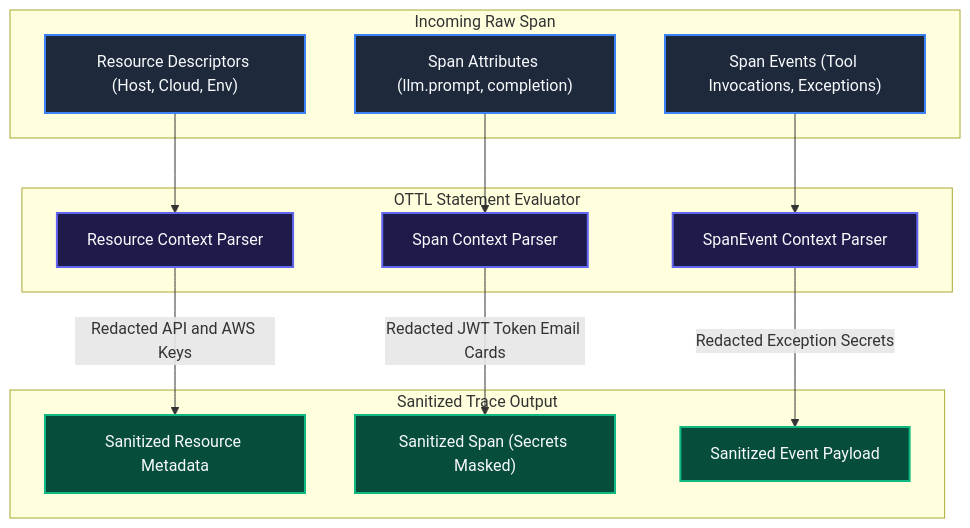
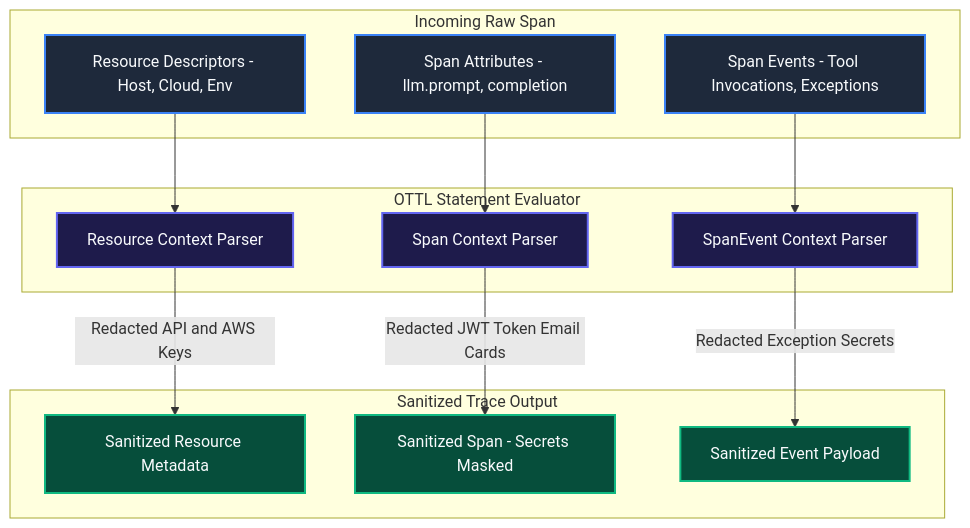
Before and after one commit to Chief-Strategist-J/llm-obs-infra: the seventh of 22 diagrams in docs/configDoc/otel-collector-configuration-guide.md, drawn with Mermaid. The commit also changed other lines of this file, not shown here.

Commit message:
fix(docs): resolve all Mermaid diagram syntax and layout rendering issues in otel configuration guide

````diff
--- a/docs/configDoc/otel-collector-configuration-guide.md
+++ b/docs/configDoc/otel-collector-configuration-guide.md
@@ -929,38 +951,38 @@
 ```mermaid
 graph TD
     subgraph InboundTracePayload ["Incoming Raw Span"]
-        ResMeta["Resource Descriptors (Host, Cloud, Env)"]
-        SpanAttrs["Span Attributes (llm.prompt, completion)"]
-        SpanEvts["Span Events (Tool Invocations, Exceptions)"]
+        ResMeta["Resource Descriptors - Host, Cloud, Env"]
+        SpanAttrs["Span Attributes - llm.prompt, completion"]
+        SpanEvts["Span Events - Tool Invocations, Exceptions"]
     end
 
     subgraph GrammarExecution ["OTTL Statement Evaluator"]
         ResParser["Resource Context Parser"]
         SpanParser["Span Context Parser"]
         EventParser["SpanEvent Context Parser"]
     end
 
     subgraph SanitizedOutput ["Sanitized Trace Output"]
         CleanRes["Sanitized Resource Metadata"]
-        CleanSpan["Sanitized Span (Secrets Masked)"]
+        CleanSpan["Sanitized Span - Secrets Masked"]
         CleanEvents["Sanitized Event Payload"]
     end
 
     ResMeta --> ResParser
     SpanAttrs --> SpanParser
     SpanEvts --> EventParser
 
     ResParser -->|Redacted API and AWS Keys| CleanRes
     SpanParser -->|Redacted JWT Token Email Cards| CleanSpan
     EventParser -->|Redacted Exception Secrets| CleanEvents
 
     style ResMeta fill:#1e293b,stroke:#3b82f6,stroke-width:2px,color:#f8fafc
     style SpanAttrs fill:#1e293b,stroke:#3b82f6,stroke-width:2px,color:#f8fafc
     style SpanEvts fill:#1e293b,stroke:#3b82f6,stroke-width:2px,color:#f8fafc
     style ResParser fill:#1e1b4b,stroke:#6366f1,stroke-width:2px,color:#f8fafc
     style SpanParser fill:#1e1b4b,stroke:#6366f1,stroke-width:2px,color:#f8fafc
     style EventParser fill:#1e1b4b,stroke:#6366f1,stroke-width:2px,color:#f8fafc
     style CleanRes fill:#064e3b,stroke:#10b981,stroke-width:2px,color:#f8fafc
     style CleanSpan fill:#064e3b,stroke:#10b981,stroke-width:2px,color:#f8fafc
     style CleanEvents fill:#064e3b,stroke:#10b981,stroke-width:2px,color:#f8fafc
 ```
````
